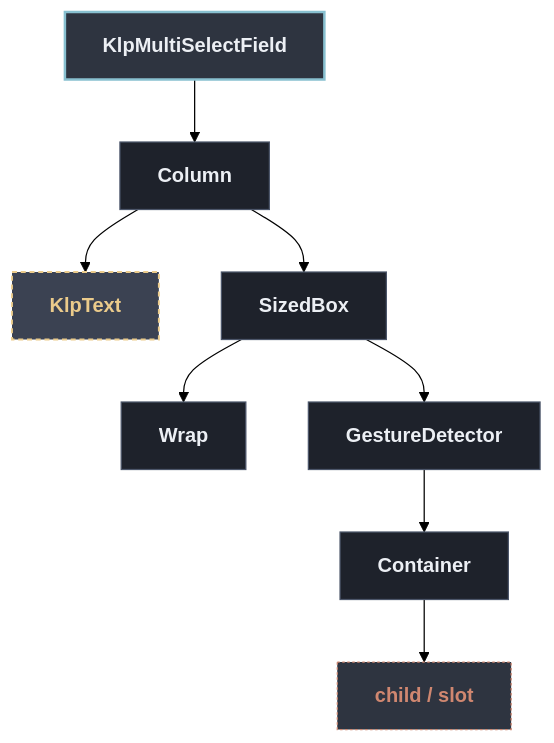
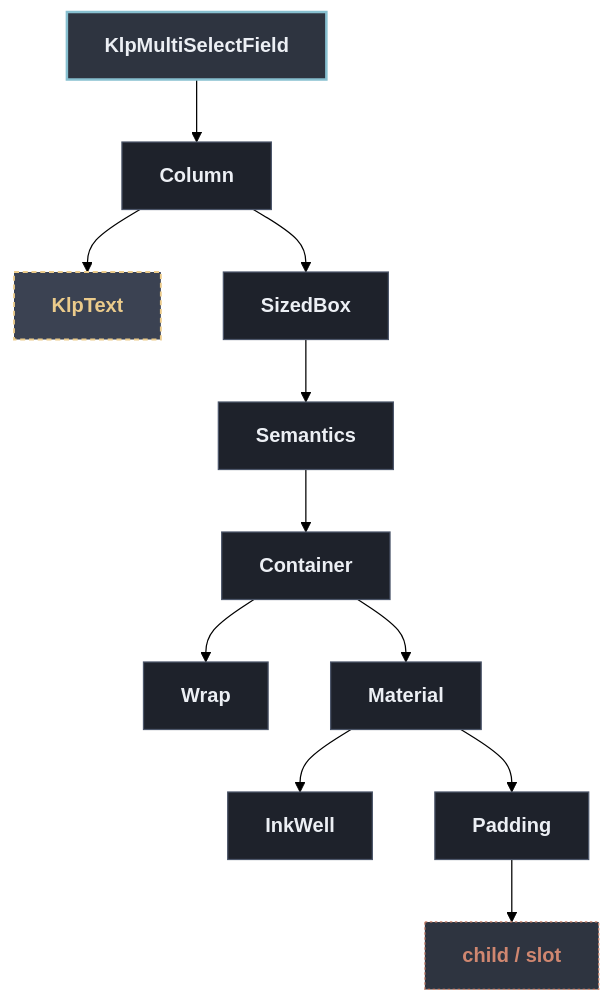
The diagram in docs/architecture/components/form/klp_multi_select_field.md (MiuDog/Kallopis), drawn with Mermaid (forest theme) before and after one commit. The commit also changed other lines of this file and 1105 other files, not shown here.

Commit message:
refactor: establish semantic design architecture

````diff
--- a/docs/architecture/components/form/klp_multi_select_field.md
+++ b/docs/architecture/components/form/klp_multi_select_field.md
@@ -13,24 +13,30 @@
 ```mermaid
 flowchart TD
   classDef default fill:#1E222B,stroke:#4C566A,stroke-width:1px,color:#ECEFF4;
   classDef root fill:#2E3440,stroke:#88C0D0,stroke-width:2px,color:#ECEFF4,font-weight:bold;
   classDef reference fill:#3B4252,stroke:#EBCB8B,stroke-width:1.5px,stroke-dasharray: 4 3,color:#EBCB8B;
   classDef container fill:#2E3440,stroke:#A3BE8C,stroke-width:1.5px,color:#A3BE8C;
   classDef slot fill:#2E3440,stroke:#D08770,stroke-width:1px,stroke-dasharray: 2 2,color:#D08770;
 
   root["KlpMultiSelectField"]:::root
   n1["Column"]
   root --> n1
   n2["KlpText"]:::reference
   n1 --> n2
   n3["SizedBox"]
   n1 --> n3
-  n4["Wrap"]
+  n4["Semantics"]
   n3 --> n4
-  n5["GestureDetector"]
-  n3 --> n5
-  n6["Container"]
+  n5["Container"]
+  n4 --> n5
+  n6["Wrap"]
   n5 --> n6
-  n7["child / slot"]:::slot
-  n6 --> n7
+  n7["Material"]
+  n5 --> n7
+  n8["InkWell"]
+  n7 --> n8
+  n9["Padding"]
+  n7 --> n9
+  n10["child / slot"]:::slot
+  n9 --> n10
 ```
````
